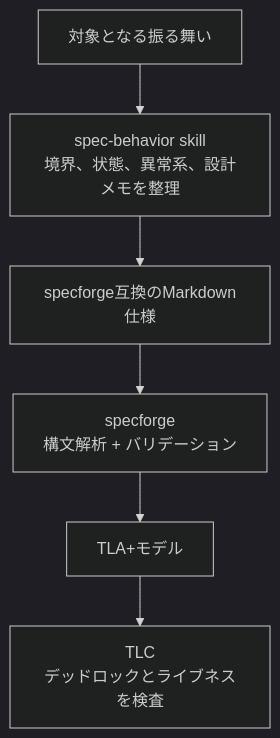
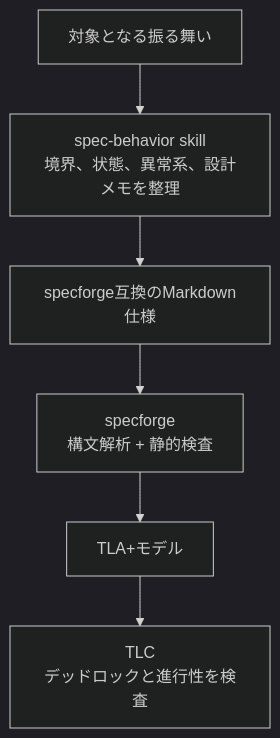
One commit to daikichiba9511/specforge changed the fifth of 5 diagrams in README.md. Above: the diagram before and after it, drawn with Mermaid. The commit also changed other lines of this file and 4 other files, not shown here.

````diff
--- a/README.md
+++ b/README.md
@@ -264,12 +412,12 @@
 ```mermaid
 %%{init: {"theme": "dark"}}%%
 flowchart TB
     Request["対象となる振る舞い"]
     Authoring["spec-behavior skill<br/>境界、状態、異常系、設計メモを整理"]
     Document["specforge互換のMarkdown仕様"]
-    Validation["specforge<br/>構文解析 + バリデーション"]
+    Validation["specforge<br/>構文解析 + 静的検査"]
     Model["TLA+モデル"]
-    Check["TLC<br/>デッドロックとライブネスを検査"]
+    Check["TLC<br/>デッドロックと進行性を検査"]
 
     Request --> Authoring --> Document --> Validation --> Model --> Check
 ```
````
